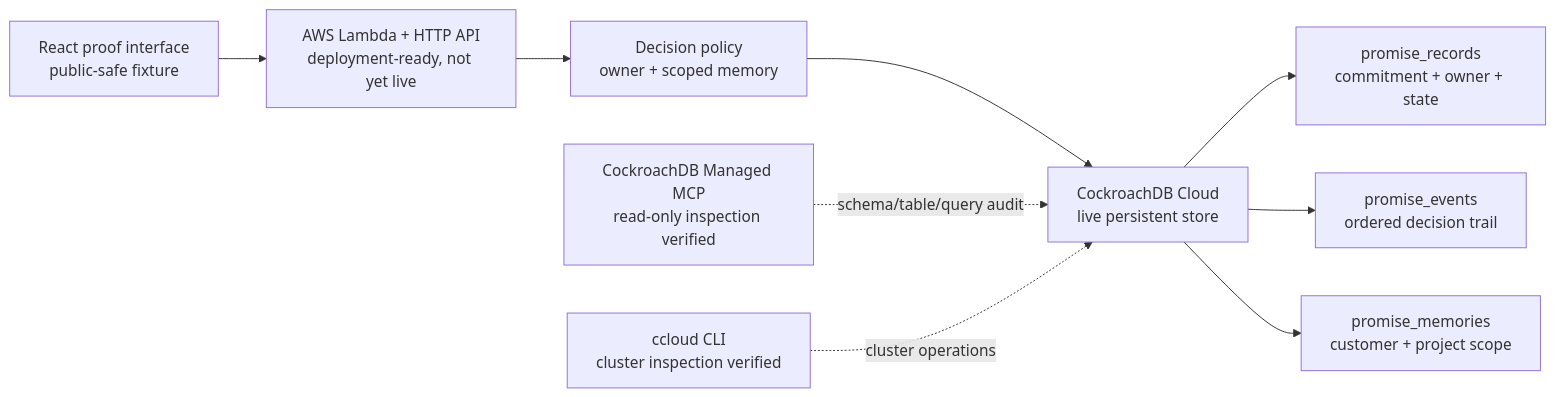
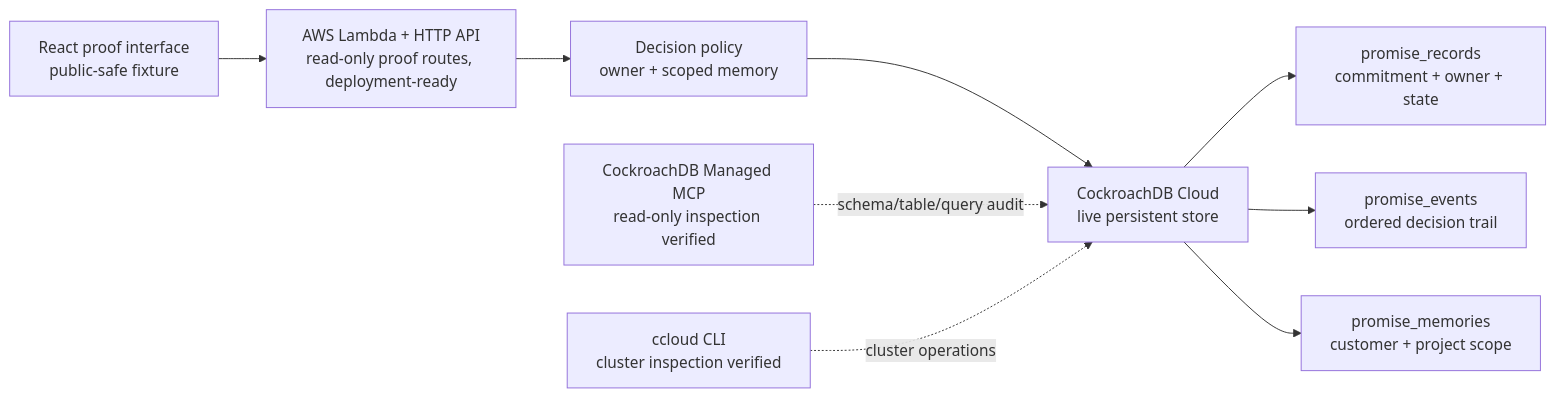
Before and after one commit to Peanuts1605/promise-ledger: the diagram in docs/ARCHITECTURE.md, drawn with Mermaid. The commit also changed other lines of this file and 7 other files, not shown here.

````diff
--- a/docs/ARCHITECTURE.md
+++ b/docs/ARCHITECTURE.md
@@ -5,11 +5,11 @@
 ```mermaid
 flowchart LR
-  UI["React proof interface\npublic-safe fixture"] --> API["AWS Lambda + HTTP API\ndeployment-ready, not yet live"]
+  UI["React proof interface\npublic-safe fixture"] --> API["AWS Lambda + HTTP API\nread-only proof routes, deployment-ready"]
   API --> Policy["Decision policy\nowner + scoped memory"]
   Policy --> Store["CockroachDB Cloud\nlive persistent store"]
   Store --> Records["promise_records\ncommitment + owner + state"]
   Store --> Events["promise_events\nordered decision trail"]
   Store --> Memory["promise_memories\ncustomer + project scope"]
   MCP["CockroachDB Managed MCP\nread-only inspection verified"] -. schema/table/query audit .-> Store
   CLI["ccloud CLI\ncluster inspection verified"] -. cluster operations .-> Store
 ```
````
